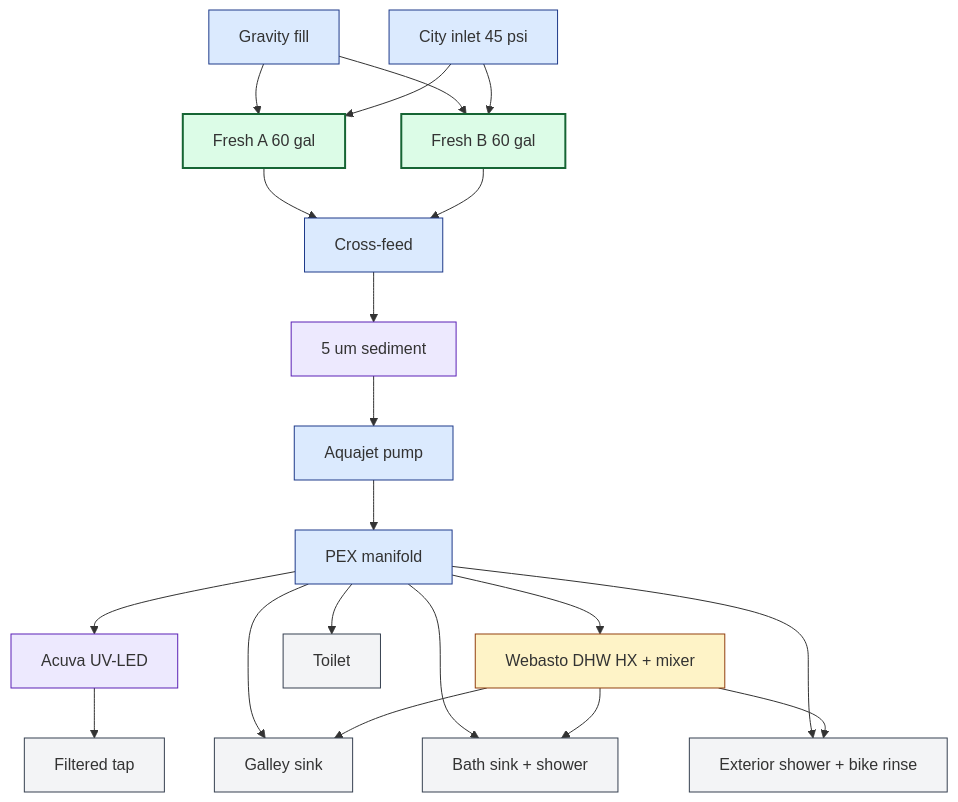
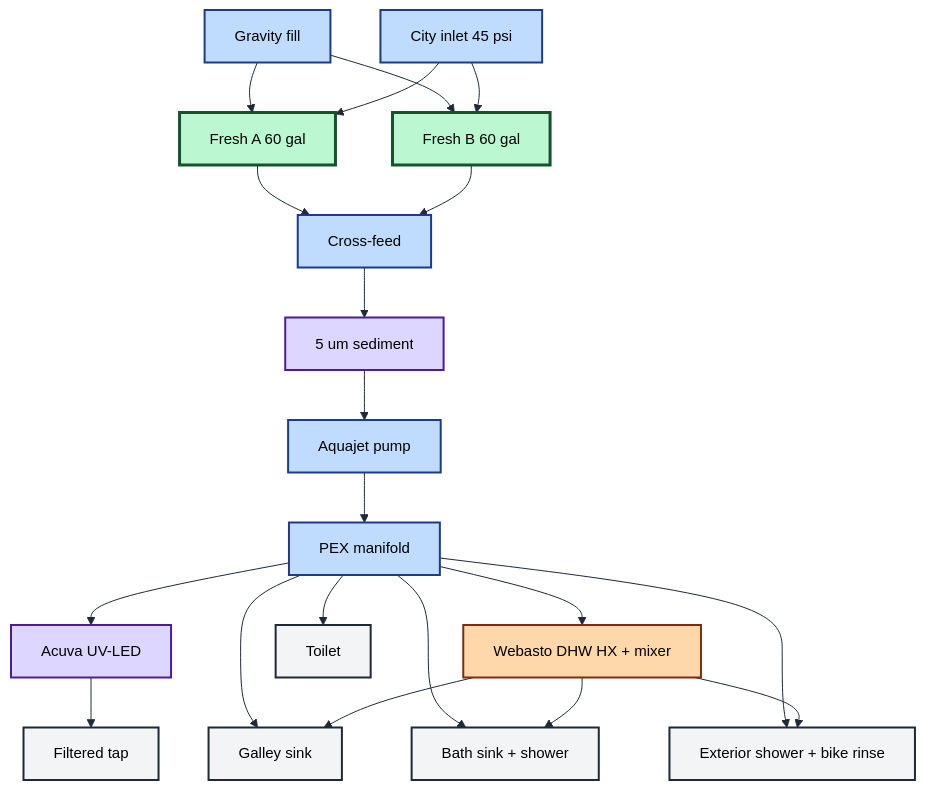
Before and after one commit to glonnon/diyearthroamer: the first of 3 diagrams in plumbing/pid.md, drawn with Mermaid. The commit also changed other lines of this file and 15 other files, not shown here.

First line of the commit message:
Mermaid contrast fixes + dinette / bath / wardrobe / cabover modules

````diff
--- a/plumbing/pid.md
+++ b/plumbing/pid.md
@@ -8,33 +8,34 @@
 ```mermaid
+%%{init: {'theme':'base','themeVariables':{'primaryColor':'#fff','primaryTextColor':'#000','primaryBorderColor':'#000','lineColor':'#1f2937','fontFamily':'Inter, system-ui, sans-serif','fontSize':'15px'}}}%%
 flowchart TB
-    classDef cold fill:#dbeafe,stroke:#1e3a8a
-    classDef hot fill:#fee2e2,stroke:#991b1b
-    classDef tank fill:#dcfce7,stroke:#166534,stroke-width:2px
-    classDef filt fill:#ede9fe,stroke:#5b21b6
-    classDef heat fill:#fef3c7,stroke:#92400e
-    classDef fix fill:#f3f4f6,stroke:#374151
+    classDef cold fill:#bfdbfe,stroke:#1e3a8a,stroke-width:2px,color:#000
+    classDef hot fill:#fecaca,stroke:#991b1b,stroke-width:2px,color:#000
+    classDef tank fill:#bbf7d0,stroke:#14532d,stroke-width:3px,color:#000
+    classDef filt fill:#ddd6fe,stroke:#4c1d95,stroke-width:2px,color:#000
+    classDef heat fill:#fed7aa,stroke:#7c2d12,stroke-width:2px,color:#000
+    classDef fix fill:#f3f4f6,stroke:#1f2937,stroke-width:2px,color:#000
 
     Fill[Gravity fill]:::cold
     City[City inlet 45 psi]:::cold
     TankA[Fresh A 60 gal]:::tank
     TankB[Fresh B 60 gal]:::tank
     XFeed[Cross-feed]:::cold
     Sed[5 um sediment]:::filt
     Pump[Aquajet pump]:::cold
     UV[Acuva UV-LED]:::filt
     Manifold[PEX manifold]:::cold
     DHW[Webasto DHW HX + mixer]:::heat
 
     Galley[Galley sink]:::fix
     GalleyFilt[Filtered tap]:::fix
     Bath[Bath sink + shower]:::fix
     Toilet[Toilet]:::fix
     Ext[Exterior shower + bike rinse]:::fix
 
     Fill --> TankA & TankB --> XFeed --> Sed --> Pump --> Manifold
     Manifold --> UV --> GalleyFilt
     Manifold --> Galley & Bath & Ext & Toilet
     Manifold --> DHW --> Galley & Bath & Ext
     City --> TankA
     City --> TankB
 ```
````
